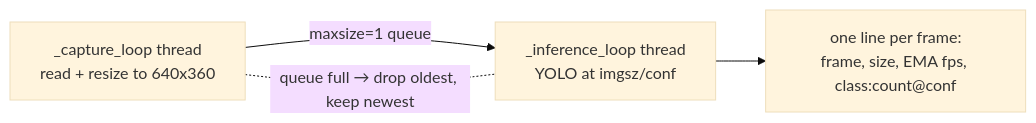
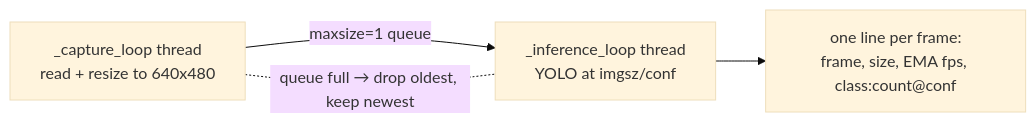
Before and after one commit to dsribalaji/rover: the second of 2 diagrams in docs/architecture.md, drawn with Mermaid (base theme). The commit also changed other lines of this file and 13 other files, not shown here.

````diff
--- a/docs/architecture.md
+++ b/docs/architecture.md
@@ -151,6 +179,6 @@
 ```mermaid
 flowchart LR
-  CAP[_capture_loop thread<br/>read + resize to 640x360] -->|maxsize=1 queue| INF[_inference_loop thread<br/>YOLO at imgsz/conf]
+  CAP[_capture_loop thread<br/>read + resize to 640x480] -->|maxsize=1 queue| INF[_inference_loop thread<br/>YOLO at imgsz/conf]
   INF --> LOG[one line per frame:<br/>frame, size, EMA fps, class:count@conf]
   CAP -. queue full → drop oldest, keep newest .- INF
 ```
````
